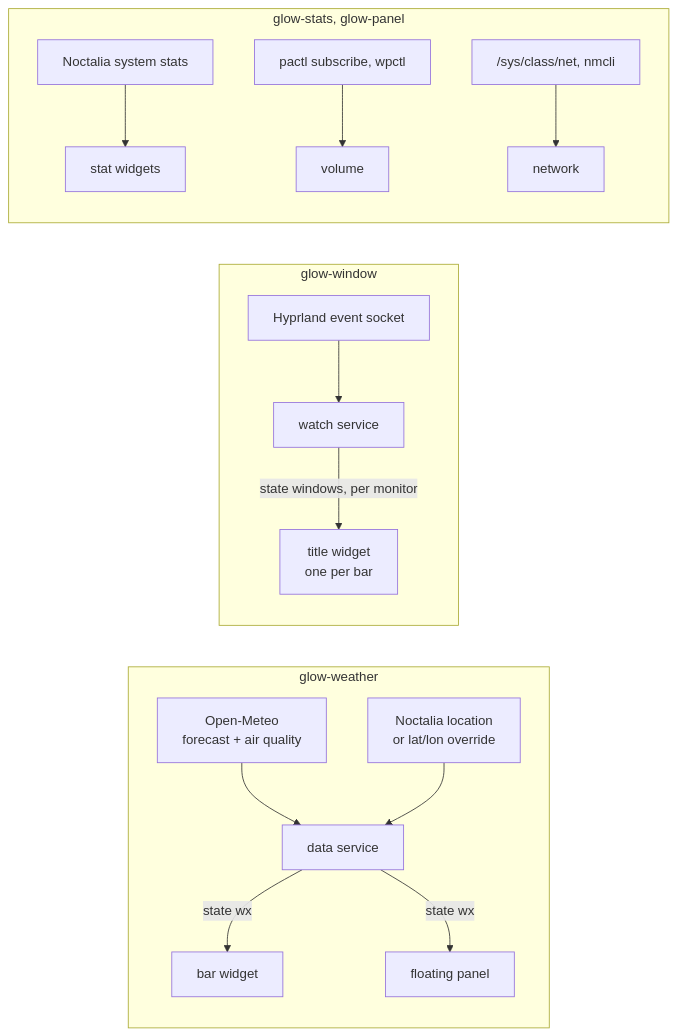
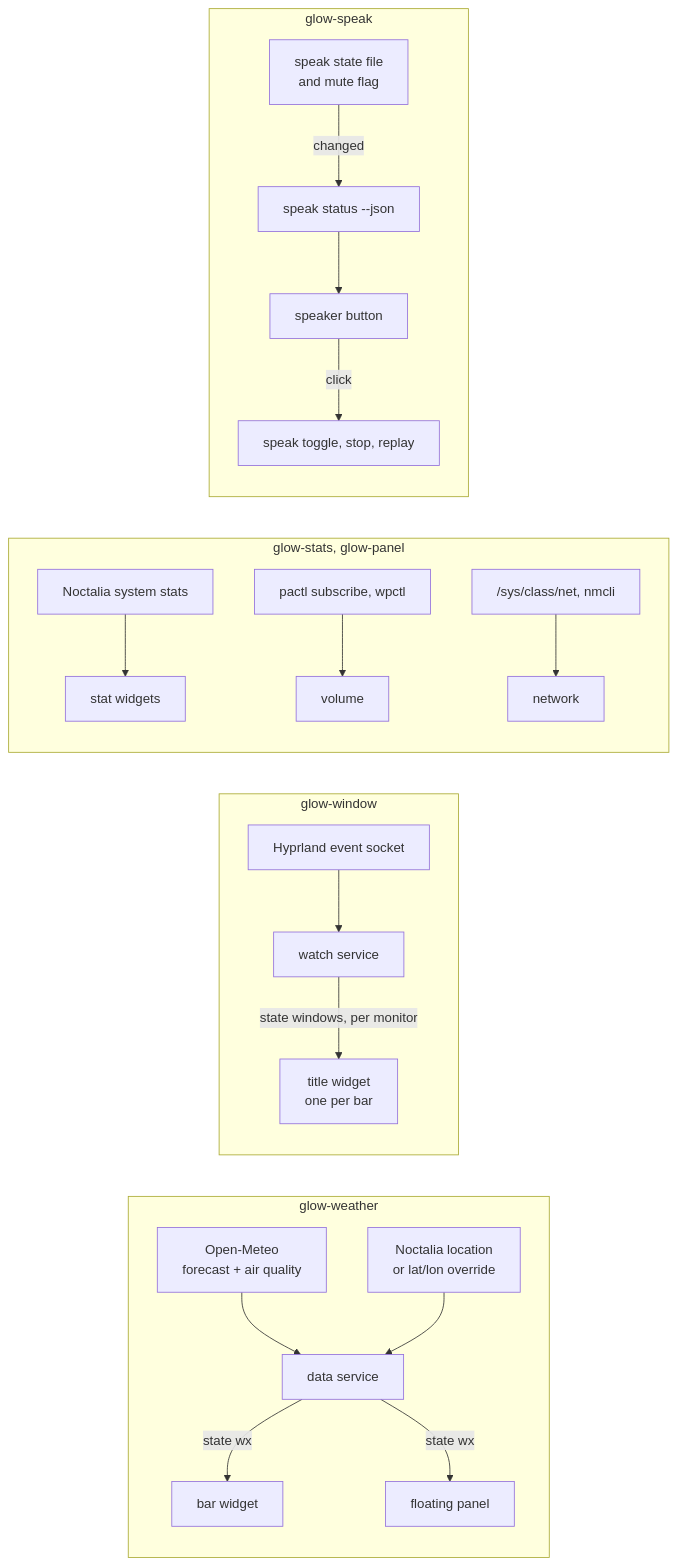
One commit to h1n054ur/desktop changed the diagram in noctalia-glow-plugins/README.md. Above: the diagram before and after it, drawn with Mermaid. The commit also changed other lines of this file and 8 other files, not shown here.

Commit message:
feat(noctalia-glow-plugins): glow-speak bar button to mute, stop and replay spoken agent replies

````diff
--- a/noctalia-glow-plugins/README.md
+++ b/noctalia-glow-plugins/README.md
@@ -67,18 +80,23 @@
 ```mermaid
 flowchart LR
   subgraph weather["glow-weather"]
     OM["Open-Meteo<br/>forecast + air quality"] --> WS["data service"]
     LOC["Noctalia location<br/>or lat/lon override"] --> WS
     WS -->|state wx| WB["bar widget"]
     WS -->|state wx| WP["floating panel"]
   end
   subgraph window["glow-window"]
     HY["Hyprland event socket"] --> WW["watch service"]
     WW -->|state windows, per monitor| WT["title widget<br/>one per bar"]
   end
   subgraph local["glow-stats, glow-panel"]
     SS["Noctalia system stats"] --> GS["stat widgets"]
     PA["pactl subscribe, wpctl"] --> GV["volume"]
     SYS["/sys/class/net, nmcli"] --> GN["network"]
   end
+  subgraph speak["glow-speak"]
+    ST["speak state file<br/>and mute flag"] -->|changed| SC["speak status --json"]
+    SC --> SB["speaker button"]
+    SB -->|click| SA["speak toggle, stop, replay"]
+  end
 ```
````
